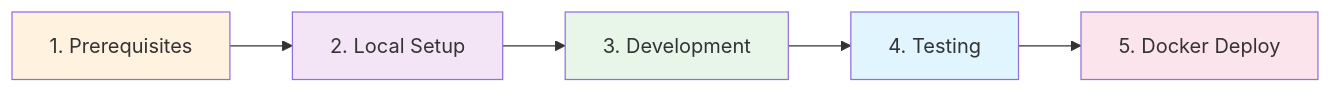
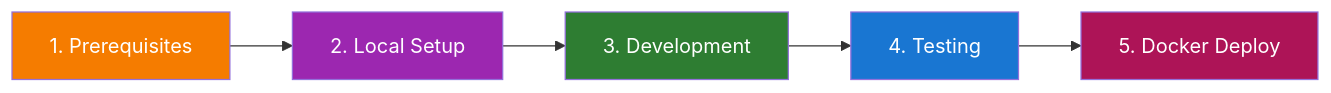
Before and after one commit to mvalancy-mt/training-materials: the fourth of 22 diagrams in demos/typescript-api/README.md, drawn with Mermaid. The commit also changed other lines of this file and 2 other files, not shown here.

First line of the commit message:
fix: improve mermaid diagram readability with high-contrast colors (#9)

````diff
--- a/demos/typescript-api/README.md
+++ b/demos/typescript-api/README.md
@@ -117,13 +117,13 @@
 ```mermaid
 flowchart LR
     A[1. Prerequisites] --> B[2. Local Setup]
     B --> C[3. Development]
     C --> D[4. Testing]
     D --> E[5. Docker Deploy]
 
-    style A fill:#fff3e0
-    style B fill:#f3e5f5
-    style C fill:#e8f5e9
-    style D fill:#e1f5fe
-    style E fill:#fce4ec
+    style A fill:#f57c00,color:#ffffff
+    style B fill:#9c27b0,color:#ffffff
+    style C fill:#2e7d32,color:#ffffff
+    style D fill:#1976d2,color:#ffffff
+    style E fill:#ad1457,color:#ffffff
 ```
````
